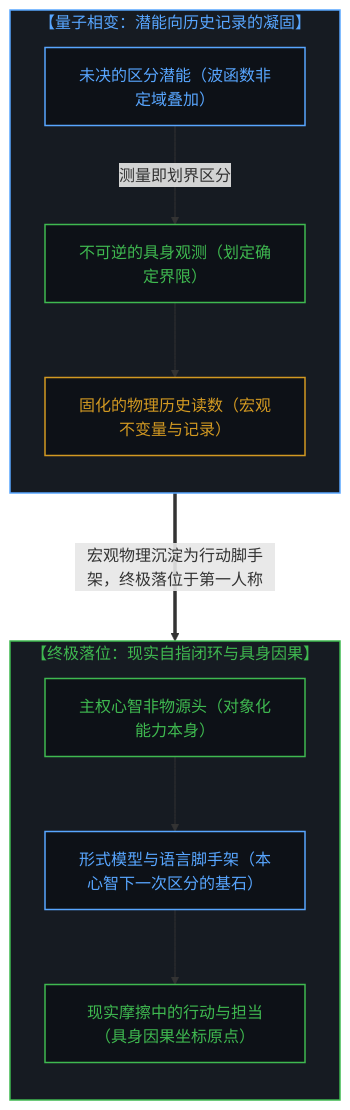
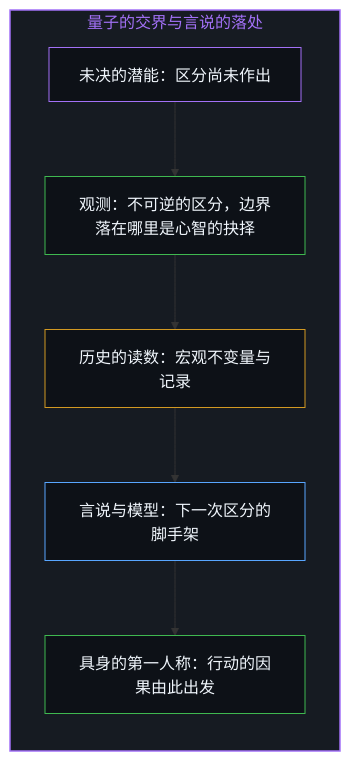
Before and after one commit to powerpig99/not-a-toe: the ninth of 10 diagrams in content/posts/all-that-can-be-spoken-is-the-product-of-the-unspeakable.md, drawn with Mermaid. The commit also changed other lines of this file and 2 other files, not shown here.

Commit message:
Refine all-that-can-be-spoken-is-the-product-of-the-unspeakable: alternating bilingual layout, five paired diagrams, the cut and the informational side of the machine, implicit first person

````diff
--- a/content/posts/all-that-can-be-spoken-is-the-product-of-the-unspeakable.md
+++ b/content/posts/all-that-can-be-spoken-is-the-product-of-the-unspeakable.md
@@ -327,29 +301,22 @@
 ```mermaid
-graph TD
-    classDef default fill:#0d1117,stroke:#30363d,stroke-width:1px,color:#f0f6fc;
-    classDef mind fill:#0d1117,stroke:#3fb950,stroke-width:1.5px,color:#3fb950;
-    classDef failure fill:#0d1117,stroke:#f85149,stroke-width:1.5px,color:#f85149;
-    classDef scaffold fill:#0d1117,stroke:#d29922,stroke-width:1.5px,color:#d29922;
-    classDef model fill:#0d1117,stroke:#58a6ff,stroke-width:1.5px,color:#58a6ff;
-
-    subgraph S_QuantumPhase ["【量子相变：潜能向历史记录的凝固】"]
+flowchart TD
+    subgraph S_Seam["量子的交界与言说的落处"]
         direction TB
-        Q1["未决的区分潜能（波函数非定域叠加）"]:::model
-        Q2["不可逆的具身观测（划定确定界限）"]:::mind
-        Q3["固化的物理历史读数（宏观不变量与记录）"]:::scaffold
-        Q1 -->|"测量即划界区分"| Q2 --> Q3
+        Pot["未决的潜能：区分尚未作出"]
+        Obs["观测：不可逆的区分，边界落在哪里是心智的抉择"]
+        Rec["历史的读数：宏观不变量与记录"]
+        Scaf["言说与模型：下一次区分的脚手架"]
+        Origin["具身的第一人称：行动的因果由此出发"]
+        Pot --> Obs
+        Obs --> Rec
+        Rec --> Scaf
+        Scaf --> Origin
     end
 
-    subgraph S_EmbodiedCausality ["【终极落位：现实自指闭环与具身因果】"]
-        direction TB
-        C1["主权心智非物源头（对象化能力本身）"]:::mind
-        C2["形式模型与语言脚手架（本心智下一次区分的基石）"]:::model
-        C3["现实摩擦中的行动与担当（具身因果坐标原点）"]:::mind
-        C1 --> C2 --> C3
-    end
-
-    Q3 ===>|"宏观物理沉淀为行动脚手架，终极落位于第一人称"| C1
-
-    style S_QuantumPhase fill:#161b22,stroke:#58a6ff,stroke-width:1.5px,color:#58a6ff
-    style S_EmbodiedCausality fill:#161b22,stroke:#3fb950,stroke-width:1.5px,color:#3fb950
+    style S_Seam fill:#161b22,stroke:#a371f7,stroke-width:1.5px,color:#a371f7
+    style Pot fill:#0d1117,stroke:#a371f7,stroke-width:1px,color:#f0f6fc
+    style Obs fill:#0d1117,stroke:#3fb950,stroke-width:1px,color:#f0f6fc
+    style Rec fill:#0d1117,stroke:#d29922,stroke-width:1px,color:#f0f6fc
+    style Scaf fill:#0d1117,stroke:#58a6ff,stroke-width:1px,color:#f0f6fc
+    style Origin fill:#0d1117,stroke:#3fb950,stroke-width:1px,color:#f0f6fc
 ```
````
